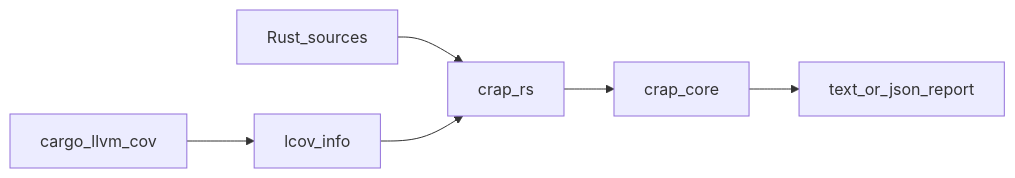
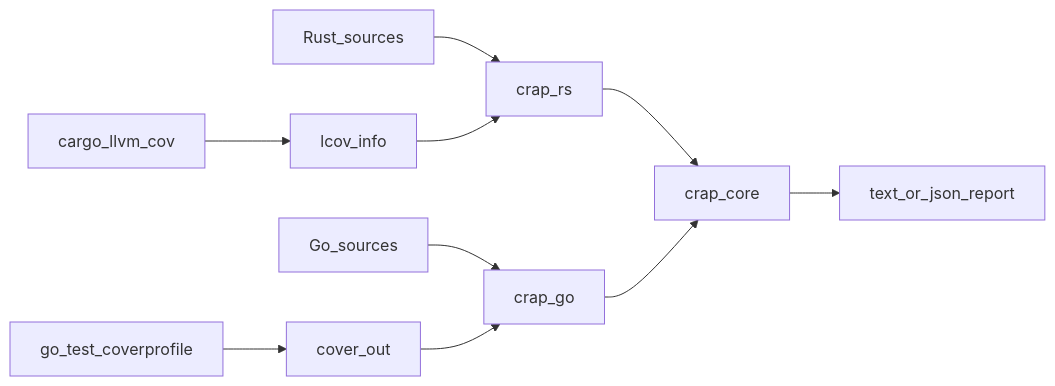
One commit to deangrant/crap-analyzer changed the first of 4 diagrams in .agents/docs/ARCHITECTURE.md. Above: the diagram before and after it, drawn with Mermaid. The commit also changed other lines of this file and 71 other files, not shown here.

````diff
--- a/.agents/docs/ARCHITECTURE.md
+++ b/.agents/docs/ARCHITECTURE.md
@@ -44,8 +51,12 @@
 ```mermaid
 flowchart LR
   llvmCov[cargo_llvm_cov] --> Lcov[lcov_info]
-  Sources[Rust_sources] --> CrapRs[crap_rs]
+  SourcesRs[Rust_sources] --> CrapRs[crap_rs]
   Lcov --> CrapRs
   CrapRs --> Core[crap_core]
+  goTest[go_test_coverprofile] --> CoverOut[cover_out]
+  SourcesGo[Go_sources] --> CrapGo[crap_go]
+  CoverOut --> CrapGo
+  CrapGo --> Core
   Core --> Report[text_or_json_report]
 ```
````
